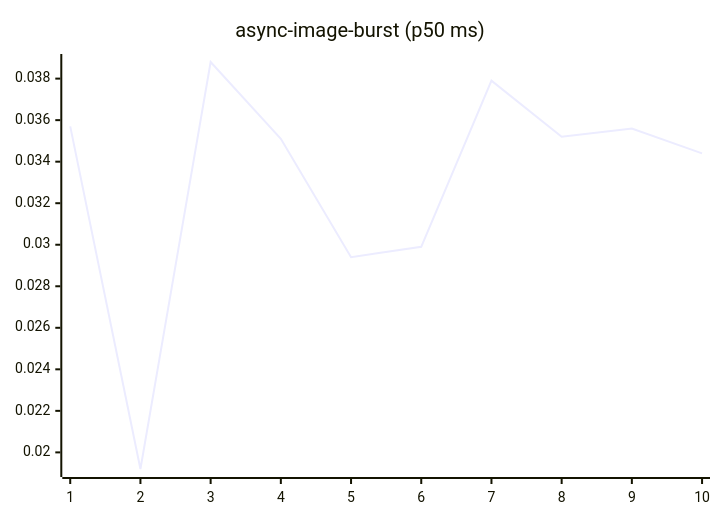
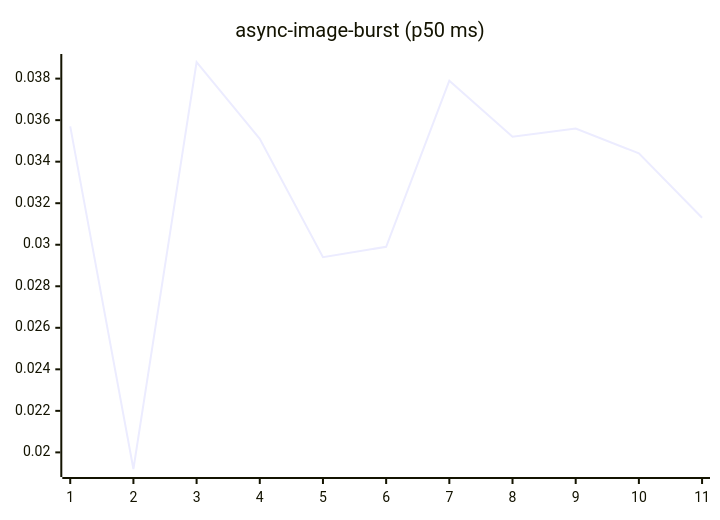
The fourth of 27 diagrams in README.md (josha/Facet), drawn with Mermaid before and after one commit. The commit also changed other lines of this file and 2 other files, not shown here.

````diff
--- a/README.md
+++ b/README.md
@@ -84,6 +84,6 @@
 ```mermaid
 xychart-beta
     title "async-image-burst (p50 ms)"
-    x-axis 1 --> 10
-    line [0.0357, 0.0192, 0.0388, 0.0351, 0.0294, 0.0299, 0.0379, 0.0352, 0.0356, 0.0344]
+    x-axis 1 --> 11
+    line [0.0357, 0.0192, 0.0388, 0.0351, 0.0294, 0.0299, 0.0379, 0.0352, 0.0356, 0.0344, 0.0313]
 ```
````
